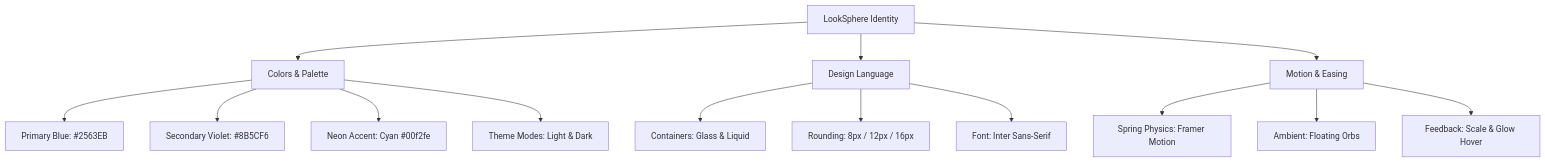
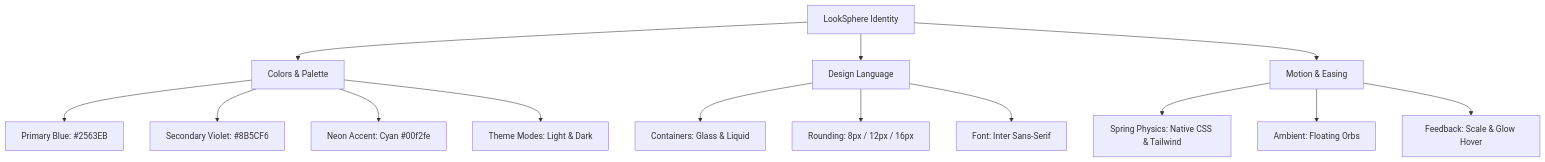
One commit to PRANAV-SHILU/LookSphere changed the diagram in frontend/Design.md. Above: the diagram before and after it, drawn with Mermaid. The commit also changed 41 other files, not shown here.

Commit message:
removed framer motion completly due to heavy bundle size, loading issue , glitches and performance related issues

````diff
--- a/frontend/Design.md
+++ b/frontend/Design.md
@@ -111,19 +111,19 @@
 ```mermaid
 graph TD
     LookSphere["LookSphere Identity"] --> Colors["Colors & Palette"]
     LookSphere --> DesignLanguage["Design Language"]
     LookSphere --> MotionEasing["Motion & Easing"]
 
     Colors --> PrimaryColor["Primary Blue: #2563EB"]
     Colors --> SecondaryColor["Secondary Violet: #8B5CF6"]
     Colors --> NeonAccent["Neon Accent: Cyan #00f2fe"]
     Colors --> ThemeModes["Theme Modes: Light & Dark"]
 
     DesignLanguage --> Glassmorphism["Containers: Glass & Liquid"]
     DesignLanguage --> LayoutGeometry["Rounding: 8px / 12px / 16px"]
     DesignLanguage --> Typography["Font: Inter Sans-Serif"]
 
-    MotionEasing --> FramerSprings["Spring Physics: Framer Motion"]
+    MotionEasing --> FramerSprings["Spring Physics: Native CSS & Tailwind"]
     MotionEasing --> OrbKeyframes["Ambient: Floating Orbs"]
     MotionEasing --> StateFeedback["Feedback: Scale & Glow Hover"]
 ```
````
